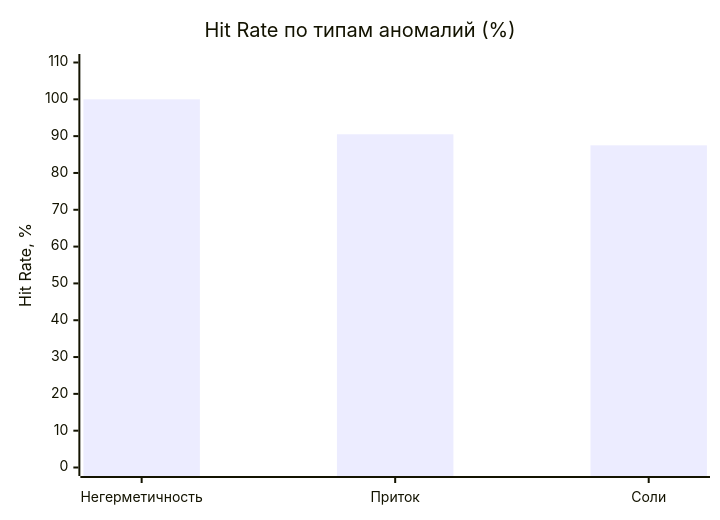
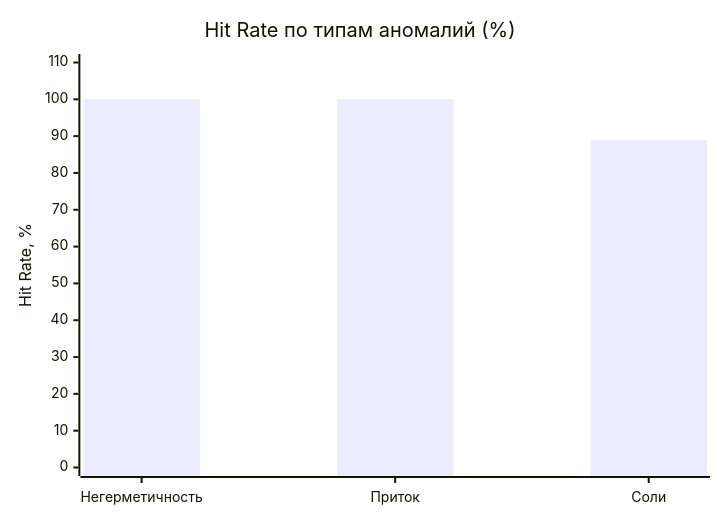
The eighth of 8 diagrams in docs/ALMA_система_детекции_аномалий.md (DarkPrinceWarrior/alma_servie), drawn with Mermaid before and after one commit. The commit also changed other lines of this file and 2 other files, not shown here.

````diff
--- a/docs/ALMA_система_детекции_аномалий.md
+++ b/docs/ALMA_система_детекции_аномалий.md
@@ -700,7 +719,7 @@
 ```mermaid
 xychart-beta
     title "Hit Rate по типам аномалий (%)"
     x-axis ["Негерметичность", "Приток", "Соли"]
     y-axis "Hit Rate, %" 0 --> 110
-    bar [100, 90.5, 87.5]
+    bar [100, 100, 88.9]
 ```
````
